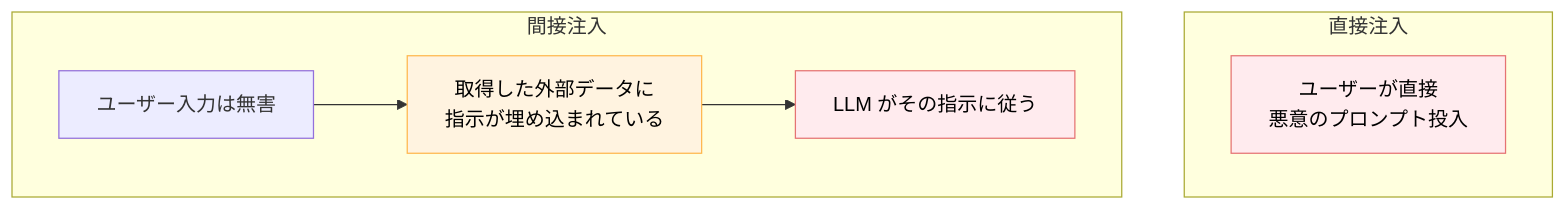
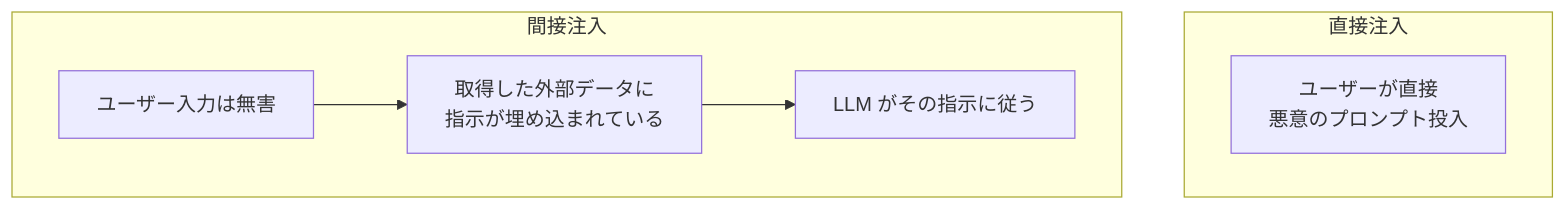
Before and after one commit to dinekt/dinekt-wiki: the first of 2 diagrams in docs/concepts/プロンプトインジェクション-llm-アプリの最重要セキュリティ論点.md, drawn with Mermaid. The commit also changed other lines of this file and 70 other files, not shown here.

First line of the commit message:
fix(mermaid): strip all inline styling, rely on theme

````diff
--- a/docs/concepts/プロンプトインジェクション-llm-アプリの最重要セキュリティ論点.md
+++ b/docs/concepts/プロンプトインジェクション-llm-アプリの最重要セキュリティ論点.md
@@ -23,14 +23,11 @@
 ```mermaid
 flowchart TD
     subgraph 直接注入
       U1[ユーザーが直接<br/>悪意のプロンプト投入]
     end
     subgraph 間接注入
       U2[ユーザー入力は無害] --> D[取得した外部データに<br/>指示が埋め込まれている]
       D --> L[LLM がその指示に従う]
     end
 
-    style U1 fill:#ffebee,stroke:#e57373,color:#000
-    style D fill:#fff3e0,stroke:#ffb74d,color:#000
-    style L fill:#ffebee,stroke:#e57373,color:#000
 ```
````
